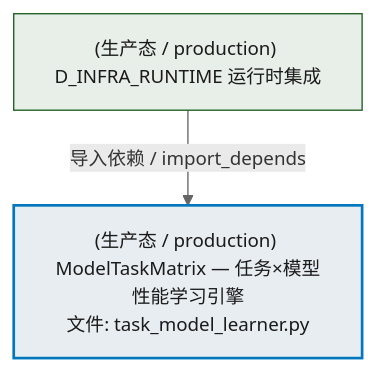
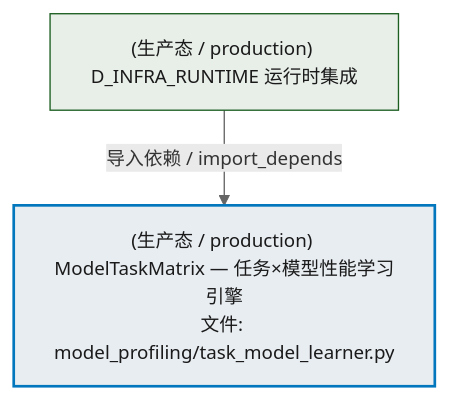
One commit to xuanFelixVan/ZephyrAlpha changed the second of 4 diagrams in docs/02_enterprise_architecture/02_domain_architecture_docs/57_d_intelligence.md. Above: the diagram before and after it, drawn with Mermaid. The commit also changed other lines of this file and 63 other files, not shown here.

````diff
--- a/docs/02_enterprise_architecture/02_domain_architecture_docs/57_d_intelligence.md
+++ b/docs/02_enterprise_architecture/02_domain_architecture_docs/57_d_intelligence.md
@@ -226,13 +226,13 @@
 ```mermaid
 %%{init: {'theme': 'base', 'themeVariables': {'primaryColor': '#eaeaea', 'primaryTextColor': '#333333', 'primaryBorderColor': '#666666', 'lineColor': '#666666', 'secondaryColor': '#eaeaea', 'tertiaryColor': '#eaeaea', 'fontSize': '14px'}}}%%
 flowchart TD
-    src_zephyr_intelligence_model_profiling_task_model_learner_py["(生产态 / production) ModelTaskMatrix — 任务×模型性能学习引擎<br/>文件: task_model_learner.py"]
+    src_zephyr_intelligence_model_profiling_task_model_learner_py["(生产态 / production) ModelTaskMatrix — 任务×模型性能学习引擎<br/>文件: model_profiling/task_model_learner.py"]
     D_INFRA_RUNTIME["(生产态 / production) D_INFRA_RUNTIME 运行时集成"]
     D_INFRA_RUNTIME -->|导入依赖 / import_depends| src_zephyr_intelligence_model_profiling_task_model_learner_py
     classDef production fill:#e8edf2,stroke:#0277bd,stroke-width:2px,color:#1a1a1a
     classDef design fill:#f0ebe3,stroke:#bf360c,stroke-width:2px,color:#1a1a1a,stroke-dasharray: 5 5
     classDef external_prod fill:#e8efe9,stroke:#1b5e20,stroke-width:1px,color:#1a1a1a
     classDef external_design fill:#efe5ea,stroke:#880e4f,stroke-width:1px,color:#1a1a1a,stroke-dasharray: 5 5
     class src_zephyr_intelligence_model_profiling_task_model_learner_py production
     class D_INFRA_RUNTIME external_prod
 ```
````
